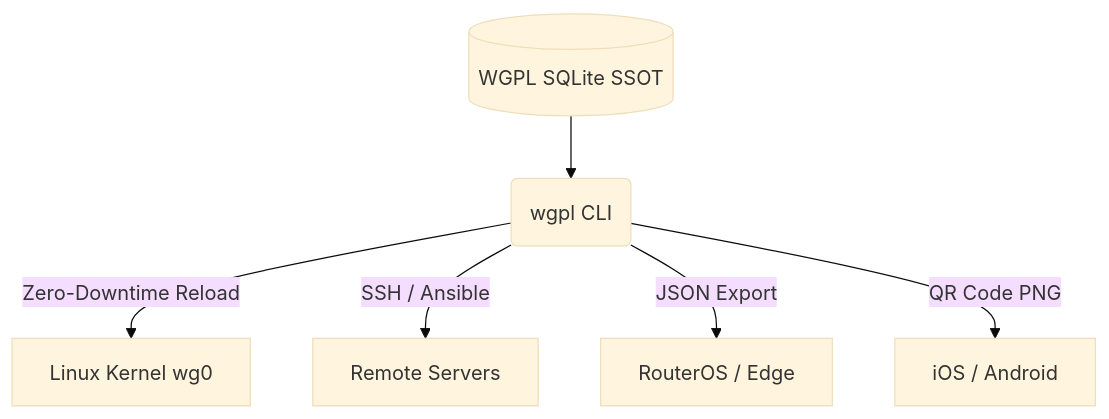
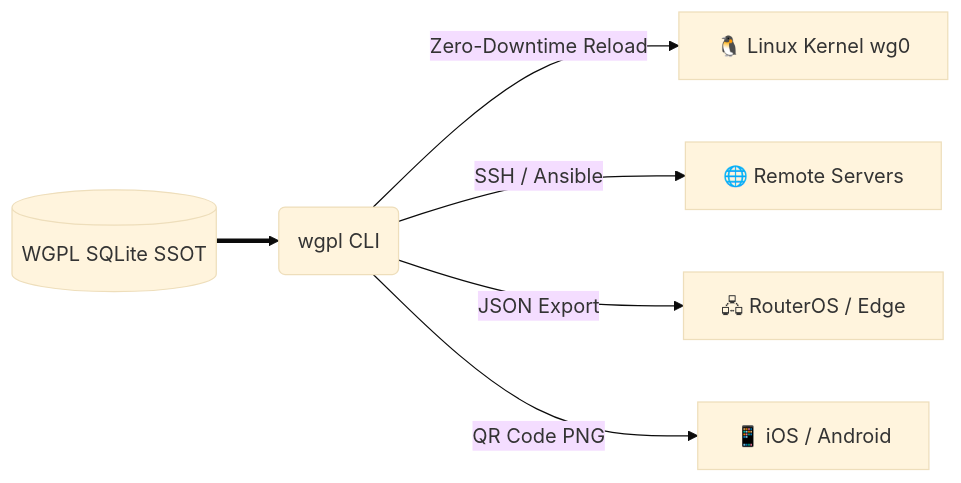
The diagram in README.md (aleaz/wgpl), drawn with Mermaid (base theme) before and after one commit. The commit also changed other lines of this file, not shown here.

Commit message:
docs(readme): enhance mermaid diagram formatting

````diff
--- a/README.md
+++ b/README.md
@@ -89,8 +89,9 @@
 ```mermaid
-graph TD
-    DB[(WGPL SQLite SSOT)] --> CLI(wgpl CLI)
-    CLI -->|Zero-Downtime Reload| Linux[Linux Kernel wg0]
-    CLI -->|SSH / Ansible| Remote[Remote Servers]
-    CLI -->|JSON Export| Router[RouterOS / Edge]
-    CLI -->|QR Code PNG| Mobile[iOS / Android]
+flowchart LR
+    DB[(WGPL SQLite SSOT)] ==> CLI(wgpl CLI)
+
+    CLI -->|Zero-Downtime Reload| Linux[🐧 Linux Kernel wg0]
+    CLI -->|SSH / Ansible| Remote[🌐 Remote Servers]
+    CLI -->|JSON Export| Router[🖧 RouterOS / Edge]
+    CLI -->|QR Code PNG| Mobile[📱 iOS / Android]
 ```
````
